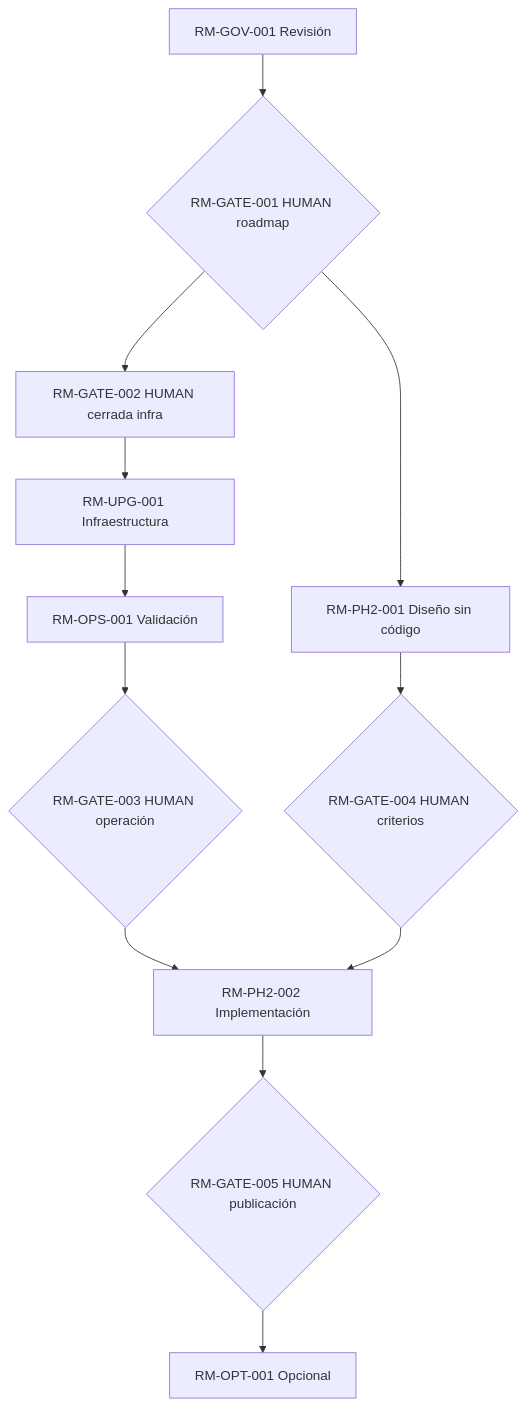
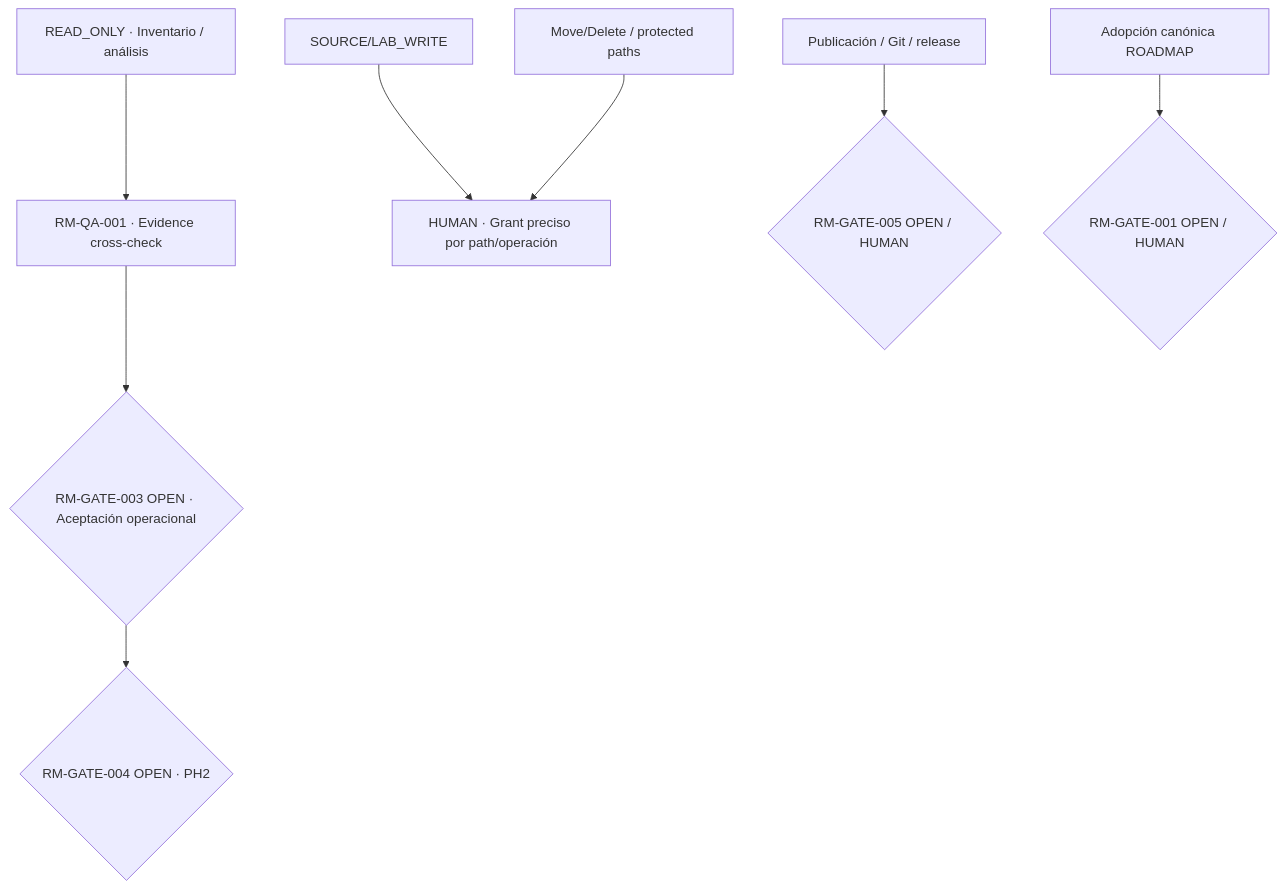
One commit to PSM44/KT.MovemAcc changed diagram 13 of 13 in 03_DOCS/MANAGEMENT/ROADMAP_INTEGRAL.md. Above: the diagram before and after it, drawn with Mermaid. The commit also changed other lines of this file and 4 other files, not shown here.

Commit message:
docs(ktma): synchronize approved roadmap MR0 HO1 and baton

````diff
--- a/03_DOCS/MANAGEMENT/ROADMAP_INTEGRAL.md
+++ b/03_DOCS/MANAGEMENT/ROADMAP_INTEGRAL.md
@@ -94,14 +842,10 @@
 ```mermaid
 flowchart TB
- RM_GOV_001[RM-GOV-001 Revisión] --> RM_GATE_001{RM-GATE-001 HUMAN roadmap}
- RM_GATE_001 --> RM_GATE_002[RM-GATE-002 HUMAN cerrada infra]
- RM_GATE_002 --> RM_UPG_001[RM-UPG-001 Infraestructura]
- RM_UPG_001 --> RM_OPS_001[RM-OPS-001 Validación]
- RM_OPS_001 --> RM_GATE_003{RM-GATE-003 HUMAN operación}
- RM_GATE_001 --> RM_PH2_001[RM-PH2-001 Diseño sin código]
- RM_PH2_001 --> RM_GATE_004{RM-GATE-004 HUMAN criterios}
- RM_GATE_003 --> RM_PH2_002[RM-PH2-002 Implementación]
- RM_GATE_004 --> RM_PH2_002
- RM_PH2_002 --> RM_GATE_005{RM-GATE-005 HUMAN publicación}
- RM_GATE_005 --> RM_OPT_001[RM-OPT-001 Opcional]
+ READ["READ_ONLY · Inventario / análisis"] --> QA["RM-QA-001 · Evidence cross-check"]
+ WRITE["SOURCE/LAB_WRITE"] --> HUMAN["HUMAN · Grant preciso por path/operación"]
+ QA --> G3{"RM-GATE-003 OPEN · Aceptación operacional"}
+ G3 --> G4{"RM-GATE-004 OPEN · PH2"}
+ PUBLISH["Publicación / Git / release"] --> G5{"RM-GATE-005 OPEN / HUMAN"}
+ ROAD["Adopción canónica ROADMAP"] --> G1{"RM-GATE-001 OPEN / HUMAN"}
+ DELETE["Move/Delete / protected paths"] --> HUMAN
 ```
````
